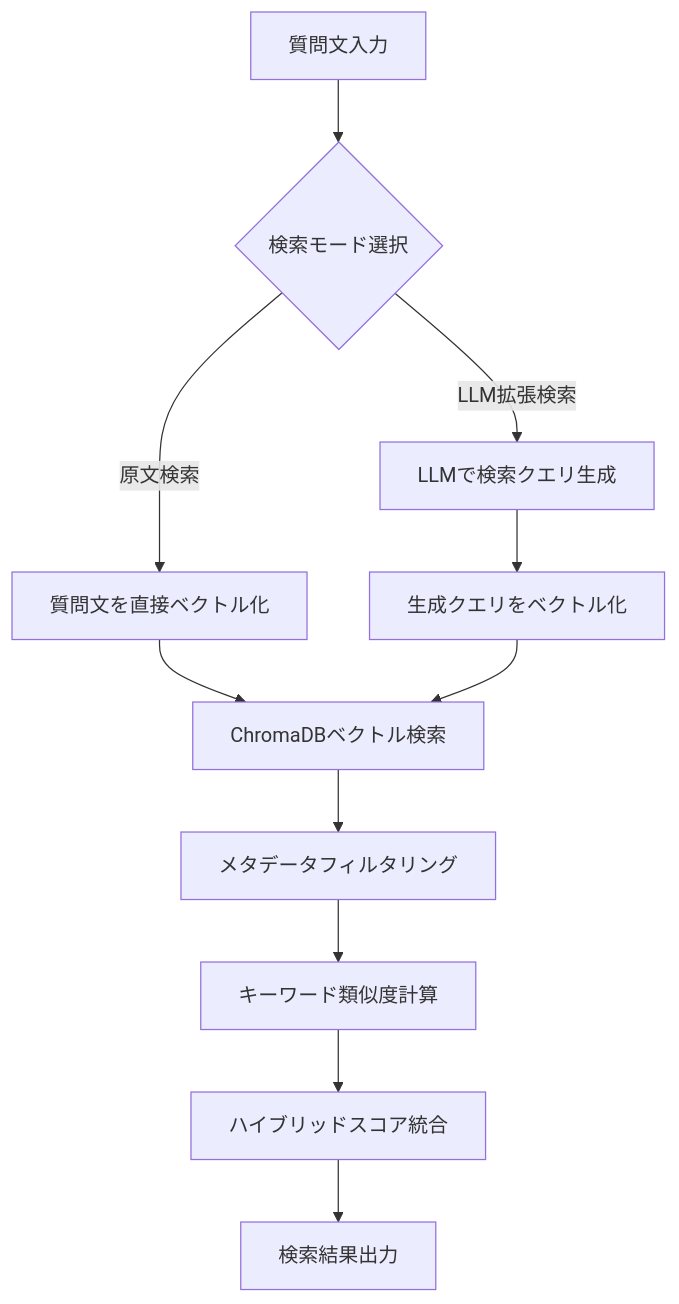
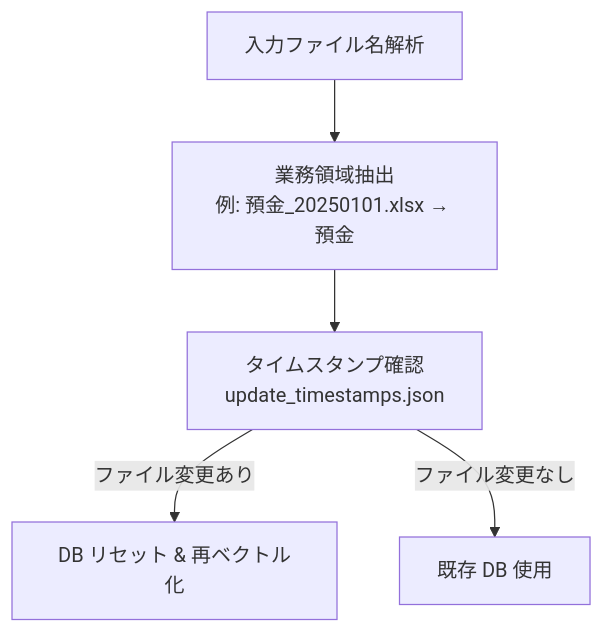
Before and after one commit to jsakuta/rag: the second of 2 diagrams in rag-gemini/README.md, drawn with Mermaid. The commit also changed other lines of this file and 8 other files, not shown here.

````diff
--- a/rag-gemini/README.md
+++ b/rag-gemini/README.md
@@ -211,13 +408,7 @@
 ```mermaid
-graph TD
-    A[質問文入力] --> B{検索モード選択}
-    B -->|原文検索| C[質問文を直接ベクトル化]
-    B -->|LLM拡張検索| D[LLMで検索クエリ生成]
-    D --> E[生成クエリをベクトル化]
-    C --> F[ChromaDBベクトル検索]
-    E --> F
-    F --> G[メタデータフィルタリング]
-    G --> H[キーワード類似度計算]
-    H --> I[ハイブリッドスコア統合]
-    I --> J[検索結果出力]
+flowchart TD
+    A[入力ファイル名解析] --> B[業務領域抽出<br/>例: 預金_20250101.xlsx → 預金]
+    B --> C[タイムスタンプ確認<br/>update_timestamps.json]
+    C -->|ファイル変更あり| D[DB リセット & 再ベクトル化]
+    C -->|ファイル変更なし| E[既存 DB 使用]
 ```
````
